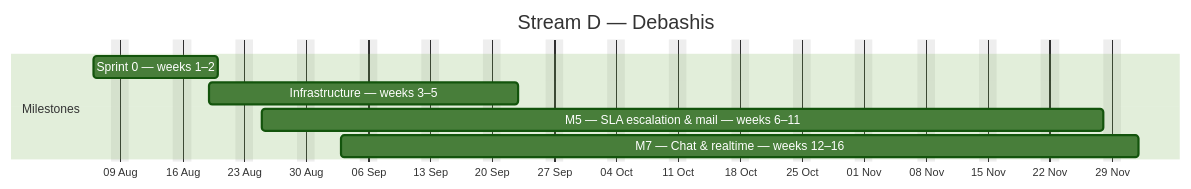
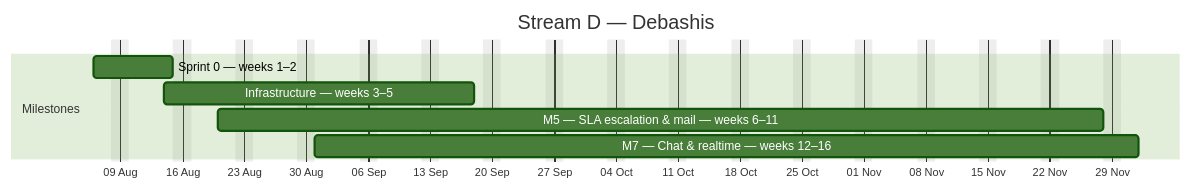
Before and after one commit to debashisedunext/EduTrack: the fourth of 4 diagrams in docs/plan/GANTT.md, drawn with Mermaid (forest theme). The commit also changed other lines of this file and 3 other files, not shown here.

````diff
--- a/docs/plan/GANTT.md
+++ b/docs/plan/GANTT.md
@@ -155,12 +155,12 @@
 ```mermaid
 gantt
     dateFormat YYYY-MM-DD
     axisFormat %d %b
     title Stream D — Debashis
     excludes weekends
     section Milestones
-    Sprint 0 — weeks 1–2 :d0, 2026-08-06, 10d
-    Infrastructure — weeks 3–5 :d1, 2026-08-19, 25d
-    M5 — SLA  escalation & mail — weeks 6–11 :d2, 2026-08-25, 69d
-    M7 — Chat & realtime — weeks 12–16 :d3, 2026-09-03, 64d
+    Sprint 0 — weeks 1–2 :d0, 2026-08-06, 7d
+    Infrastructure — weeks 3–5 :d1, 2026-08-14, 25d
+    M5 — SLA  escalation & mail — weeks 6–11 :d2, 2026-08-20, 72d
+    M7 — Chat & realtime — weeks 12–16 :d3, 2026-08-31, 67d
 ```
````
